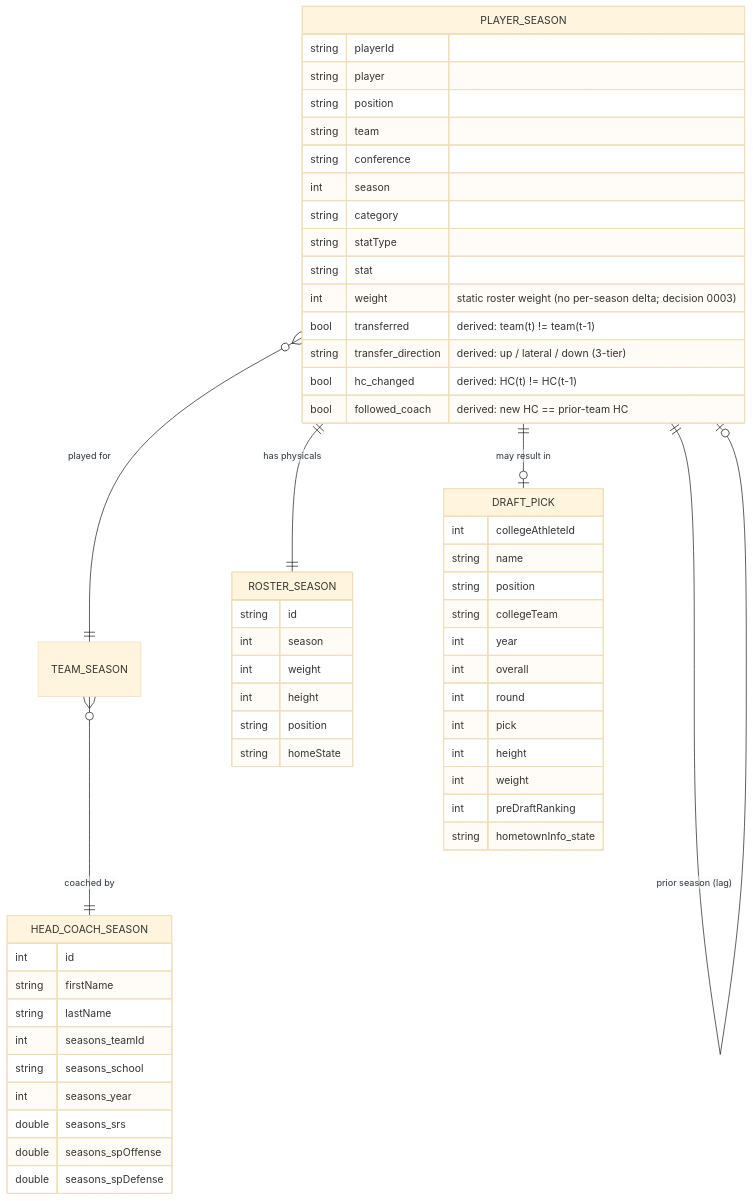
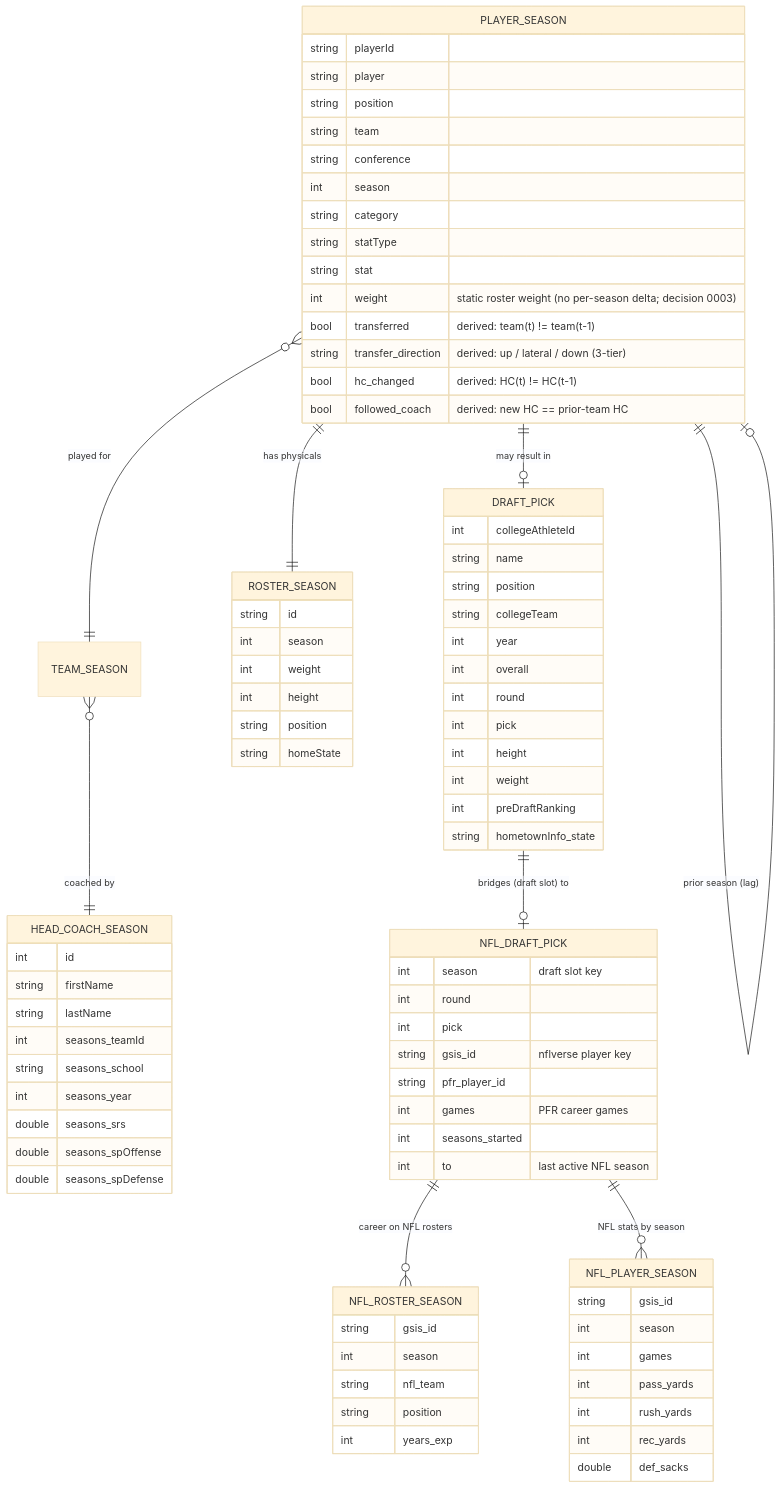
Before and after one commit to ngiangre/cfbstats: the diagram in VISION.md, drawn with Mermaid (base theme). The commit also changed other lines of this file and 36 other files, not shown here.

First line of the commit message:
feat(nfl): add nflverse post-draft outcome tables and longevity viz (#6)

````diff
--- a/VISION.md
+++ b/VISION.md
@@ -103,6 +125,9 @@
     PLAYER_SEASON ||--o| PLAYER_SEASON : "prior season (lag)"
     TEAM_SEASON }o--|| HEAD_COACH_SEASON : "coached by"
     PLAYER_SEASON ||--o| DRAFT_PICK : "may result in"
+    DRAFT_PICK ||--o| NFL_DRAFT_PICK : "bridges (draft slot) to"
+    NFL_DRAFT_PICK ||--o{ NFL_ROSTER_SEASON : "career on NFL rosters"
+    NFL_DRAFT_PICK ||--o{ NFL_PLAYER_SEASON : "NFL stats by season"
 
     PLAYER_SEASON {
         string playerId
@@ -153,4 +178,30 @@
         double seasons_spOffense
         double seasons_spDefense
     }
+    NFL_DRAFT_PICK {
+        int season "draft slot key"
+        int round
+        int pick
+        string gsis_id "nflverse player key"
+        string pfr_player_id
+        int games "PFR career games"
+        int seasons_started
+        int to "last active NFL season"
+    }
+    NFL_ROSTER_SEASON {
+        string gsis_id
+        int season
+        string nfl_team
+        string position
+        int years_exp
+    }
+    NFL_PLAYER_SEASON {
+        string gsis_id
+        int season
+        int games
+        int pass_yards
+        int rush_yards
+        int rec_yards
+        double def_sacks
+    }
 ```
````
